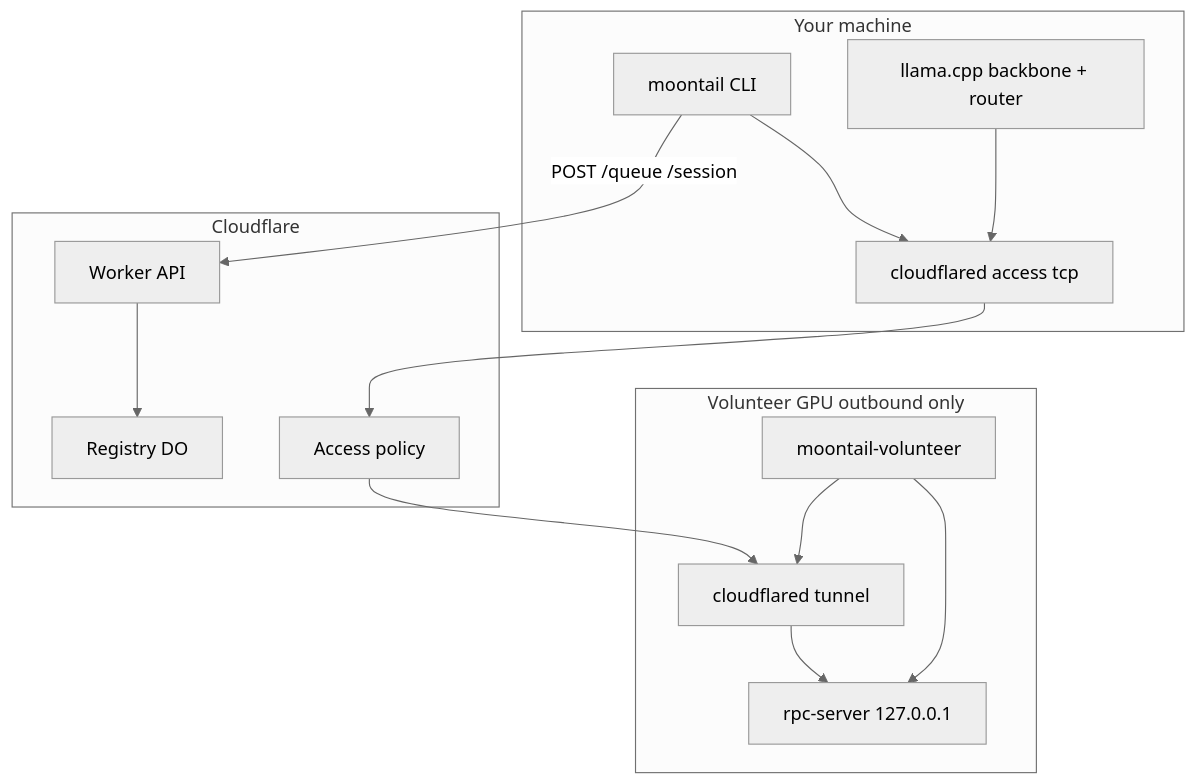
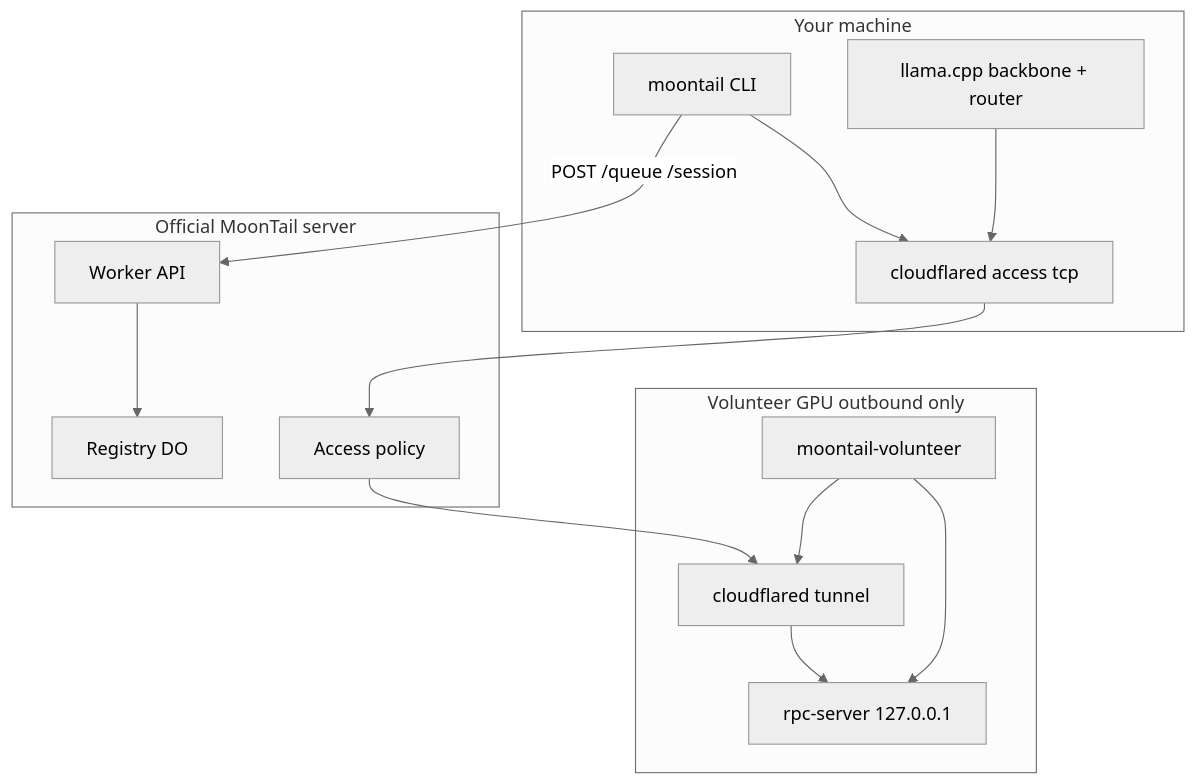
The diagram in README.md (vogue84/MoonTail), drawn with Mermaid (neutral theme) before and after one commit. The commit also changed other lines of this file and 7 other files, not shown here.

````diff
--- a/README.md
+++ b/README.md
@@ -191,25 +116,25 @@
 ```mermaid
 flowchart TB
     subgraph you [Your machine]
         MT[moontail CLI]
         CFc[cloudflared access tcp]
         LL[llama.cpp backbone + router]
     end
-    subgraph cloud [Cloudflare]
+    subgraph cloud [Official MoonTail server]
         W[Worker API]
         R[Registry DO]
         A[Access policy]
     end
     subgraph vol [Volunteer GPU outbound only]
         V[moontail-volunteer]
         T[cloudflared tunnel]
         RPC[rpc-server 127.0.0.1]
     end
     MT -->|POST /queue /session| W
     W --> R
     MT --> CFc
     CFc --> A --> T --> RPC
     LL --> CFc
     V --> RPC
     V --> T
 ```
````
